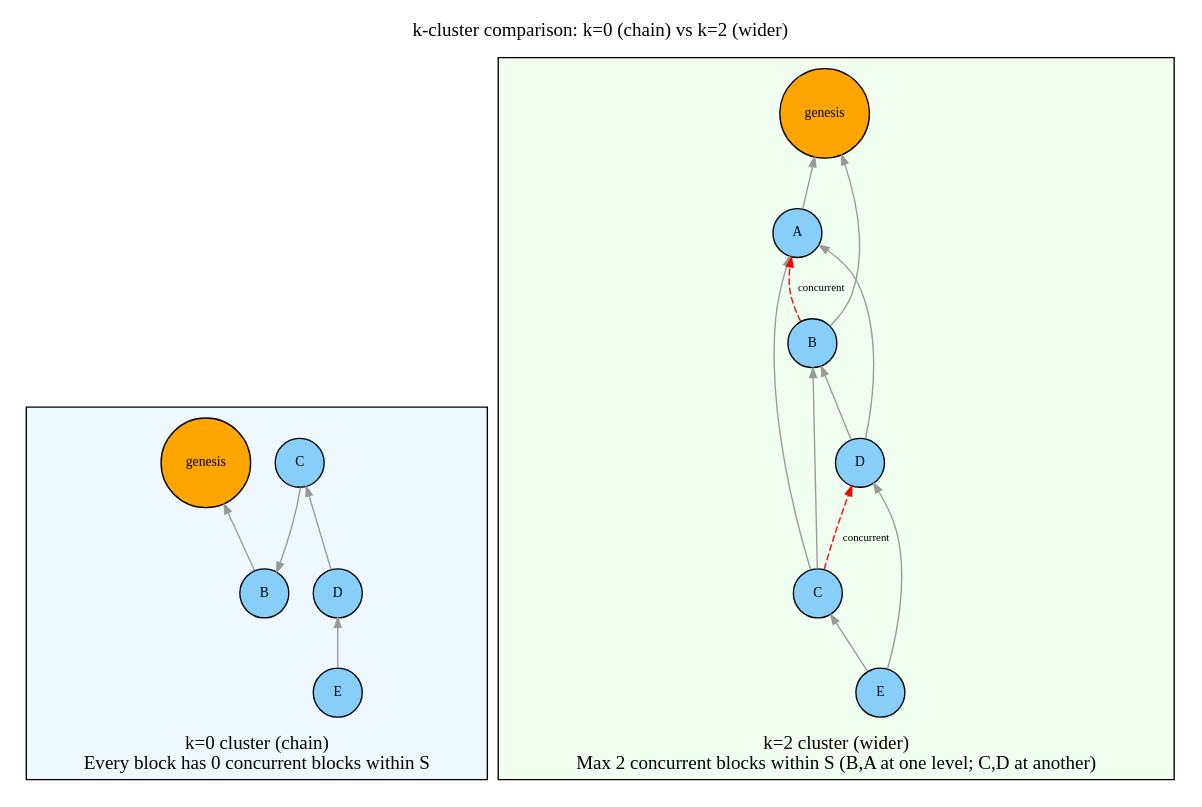
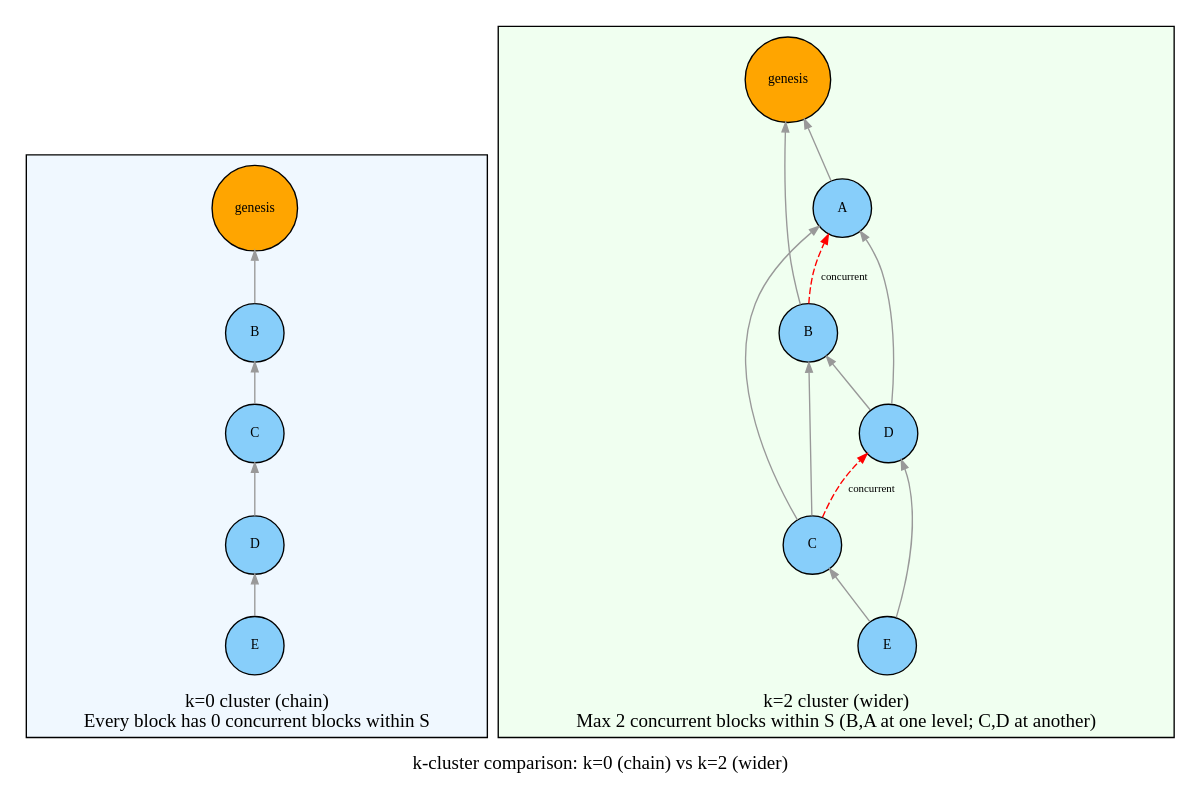
Before and after one commit to coderofstuff/dk-wiki: the diagram in dot/02-k-cluster-comparison.dot, drawn with Graphviz. The commit also changed 5 other files, not shown here.

```diff
--- a/dot/02-k-cluster-comparison.dot
+++ b/dot/02-k-cluster-comparison.dot
@@ -1,51 +1,60 @@
 digraph k_cluster_comparison {
     rankdir=BT;
-    node [shape=circle, style=filled, fontsize=10];
+    nodesep=0.5;
+    ranksep=0.4;
+    node [shape=circle, style=filled, fontsize=10, width=0.6, height=0.6];
     edge [arrowsize=0.7, color=gray60];
 
     label="k-cluster comparison: k=0 (chain) vs k=2 (wider)";
-    labelloc=t;
 
     // Left side: k=0 chain — no concurrent blocks
     subgraph cluster_chain {
         label="k=0 cluster (chain)\nEvery block has 0 concurrent blocks within S";
+        labelloc=t;
         style=filled;
         fillcolor=aliceblue;
         C_GEN [label="genesis", fillcolor=orange];
         C_B [label="B", fillcolor=lightskyblue];
         C_C [label="C", fillcolor=lightskyblue];
         C_D [label="D", fillcolor=lightskyblue];
         C_E [label="E", fillcolor=lightskyblue];
         C_E -> C_D;
         C_D -> C_C;
         C_C -> C_B;
         C_B -> C_GEN;
     }
 
     // Right side: k=2 wider structure — max 2 concurrent blocks
     subgraph cluster_wide {
         label="k=2 cluster (wider)\nMax 2 concurrent blocks within S (B,A at one level; C,D at another)";
+        labelloc=t;
         style=filled;
         fillcolor=honeydew;
         W_E [label="E", fillcolor=lightskyblue];
         W_C [label="C", fillcolor=lightskyblue];
         W_D [label="D", fillcolor=lightskyblue];
         W_B [label="B", fillcolor=lightskyblue];
         W_A [label="A", fillcolor=lightskyblue];
         W_GEN [label="genesis", fillcolor=orange];
 
+        // Invisible dummy node on right to center the diamond layout
+        W_DUMMY [shape=point, width=0, style=invis];
+
         W_E -> W_C;
         W_E -> W_D;
         W_C -> W_B;
         W_C -> W_A;
         W_D -> W_B;
         W_D -> W_A;
         W_B -> W_GEN;
         W_A -> W_GEN;
+
+        // Connect dummy to rightmost nodes to balance layout
+        W_D -> W_DUMMY [style=invis];
+        W_A -> W_DUMMY [style=invis];
     }
 
     // Highlight concurrent pairs
-    C_B -> C_C [style=invis];
     W_B -> W_A [color=red, style=dashed, label="concurrent", fontsize=8];
     W_C -> W_D [color=red, style=dashed, label="concurrent", fontsize=8];
 }
```
